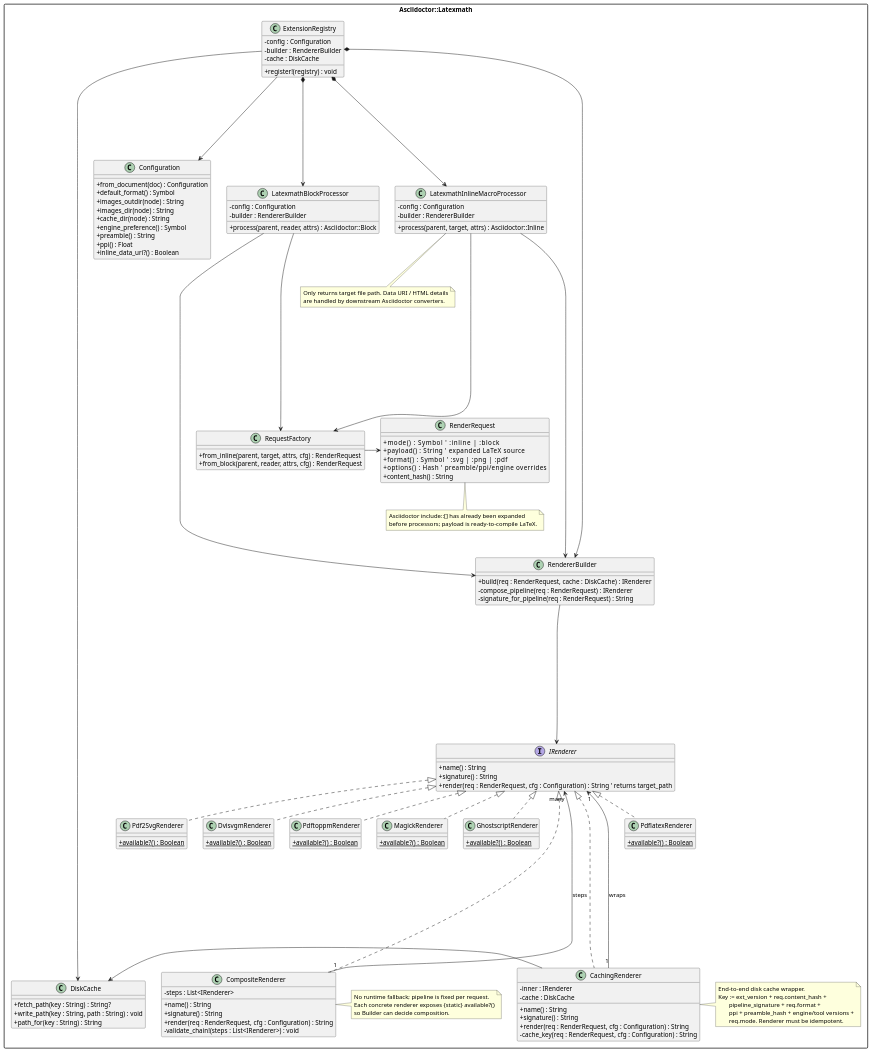
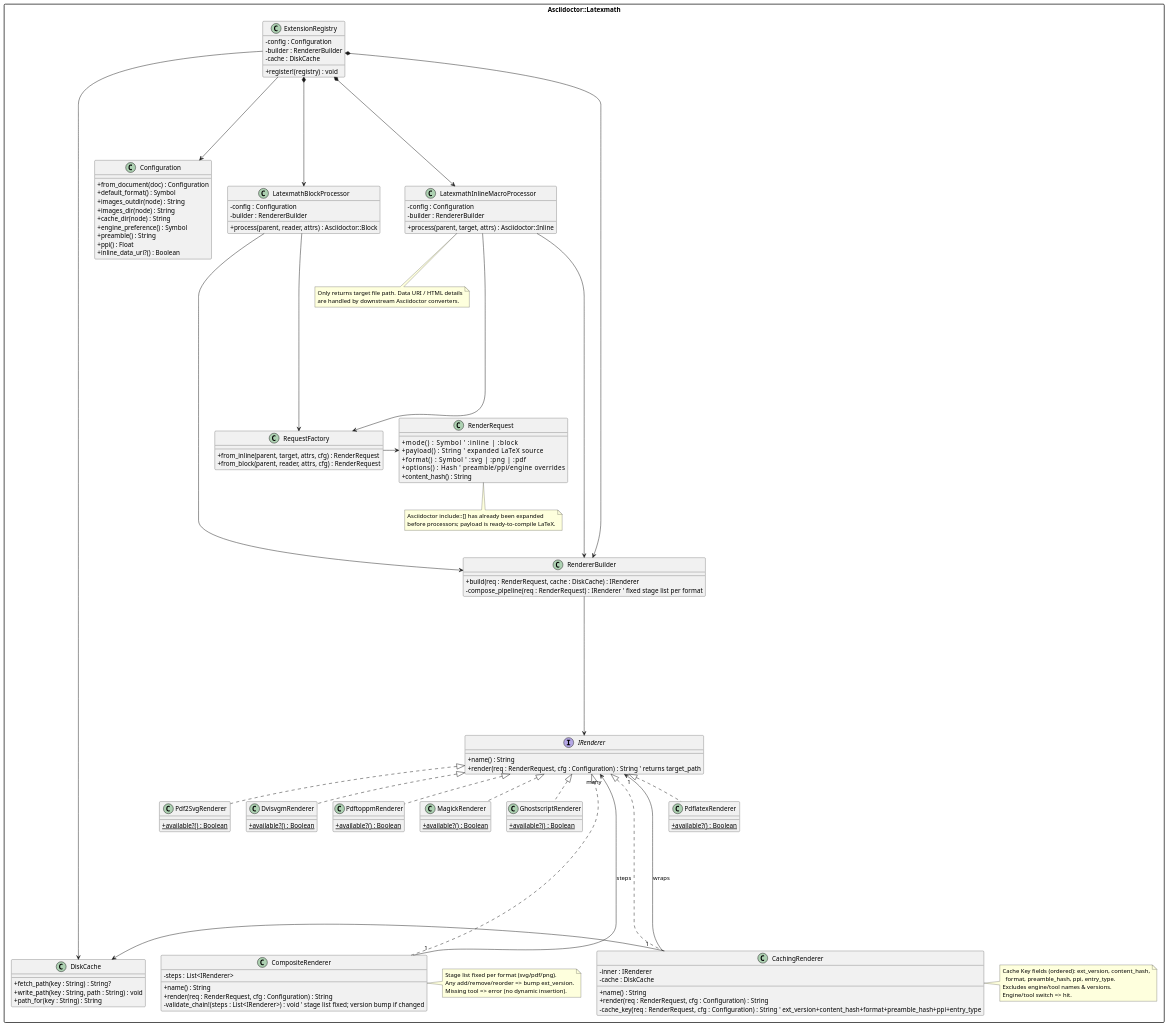
Before and after one commit to hcoona/asciidoctor-latexmath: the diagram in DESIGN.md, drawn with PlantUML. The commit also changed other lines of this file and 1 other file, not shown here.

Commit message:
docs: Fix DESIGN.md and class-diagram-v2.plantuml Accordingly

```diff
--- a/DESIGN.md
+++ b/DESIGN.md
@@ -84,8 +84,7 @@
 
   class RendererBuilder {
     +build(req : RenderRequest, cache : DiskCache) : IRenderer
-    -compose_pipeline(req : RenderRequest) : IRenderer
-    -signature_for_pipeline(req : RenderRequest) : String
+    -compose_pipeline(req : RenderRequest) : IRenderer  ' fixed stage list per format
   }
 
   class DiskCache {
@@ -124,25 +123,22 @@
   ' ====== Layer 4: Renderer Abstractions ======
   interface IRenderer {
     +name() : String
-    +signature() : String
     +render(req : RenderRequest, cfg : Configuration) : String  ' returns target_path
   }
 
   class CompositeRenderer {
     +name() : String
-    +signature() : String
     +render(req : RenderRequest, cfg : Configuration) : String
     -steps : List<IRenderer>
-    -validate_chain!(steps : List<IRenderer>) : void
+    -validate_chain!(steps : List<IRenderer>) : void  ' stage list fixed; version bump if changed
   }
 
   class CachingRenderer {
     +name() : String
-    +signature() : String
     +render(req : RenderRequest, cfg : Configuration) : String
     -inner : IRenderer
     -cache : DiskCache
-    -cache_key(req : RenderRequest, cfg : Configuration) : String
+    -cache_key(req : RenderRequest, cfg : Configuration) : String  ' ext_version+content_hash+format+preamble_hash+ppi+entry_type
   }
 
   ' ====== Layer 5: Concrete Renderers ======
@@ -211,17 +207,16 @@
 
   ' ====== Notes ======
   note right of CompositeRenderer
-    No runtime fallback; pipeline is fixed per request.
-    Each concrete renderer exposes {static} available?()
-    so Builder can decide composition.
+    Stage list fixed per format (svg/pdf/png).
+    Any add/remove/reorder => bump ext_version.
+    Missing tool => error (no dynamic insertion).
   end note
 
   note right of CachingRenderer
-    End-to-end disk cache wrapper.
-    Key := ext_version + req.content_hash +
-           pipeline_signature + req.format +
-           ppi + preamble_hash + engine/tool versions +
-           req.mode. Renderer must be idempotent.
+    Cache Key fields (ordered): ext_version, content_hash,
+      format, preamble_hash, ppi, entry_type.
+    Excludes engine/tool names & versions.
+    Engine/tool switch => hit.
   end note
 
   note bottom of RenderRequest
```
